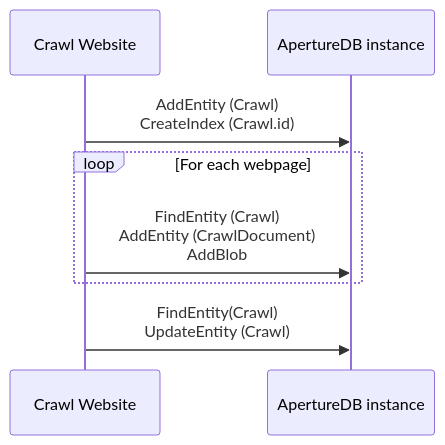
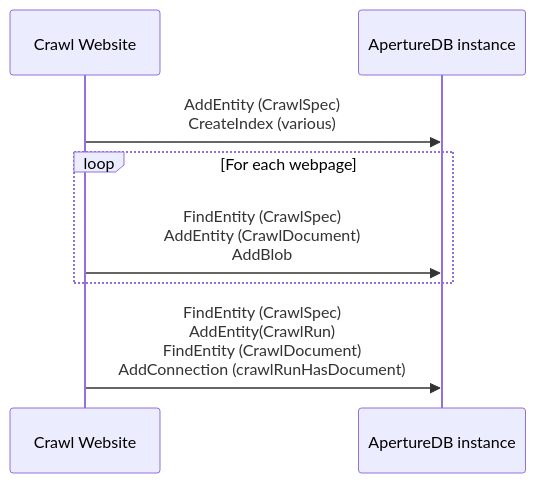
Before and after one commit to aperture-data/workflows: the second of 2 diagrams in apps/crawl-website/README.md, drawn with Mermaid. The commit also changed other lines of this file, not shown here.

Commit message:
fix diagrams again

````diff
--- a/apps/crawl-website/README.md
+++ b/apps/crawl-website/README.md
@@ -33,10 +41,10 @@
 ```mermaid
 sequenceDiagram
     participant W as Crawl Website
     participant A as ApertureDB instance
-    W->>A: AddEntity (Crawl)<br/>CreateIndex (Crawl.id)
+    W->>A: AddEntity (CrawlSpec)<br/>CreateIndex (various)
     loop For each webpage
-        W->>A: FindEntity (Crawl)<br/>AddEntity (CrawlDocument)<br/>AddBlob
+        W->>A: FindEntity (CrawlSpec)<br/>AddEntity (CrawlDocument)<br/>AddBlob
     end
-    W->>A: FindEntity(Crawl)<br/>UpdateEntity (Crawl)
+    W->>A: FindEntity (CrawlSpec)<br />AddEntity(CrawlRun)<br/>FindEntity (CrawlDocument)<br />AddConnection (crawlRunHasDocument)
 ```
````
